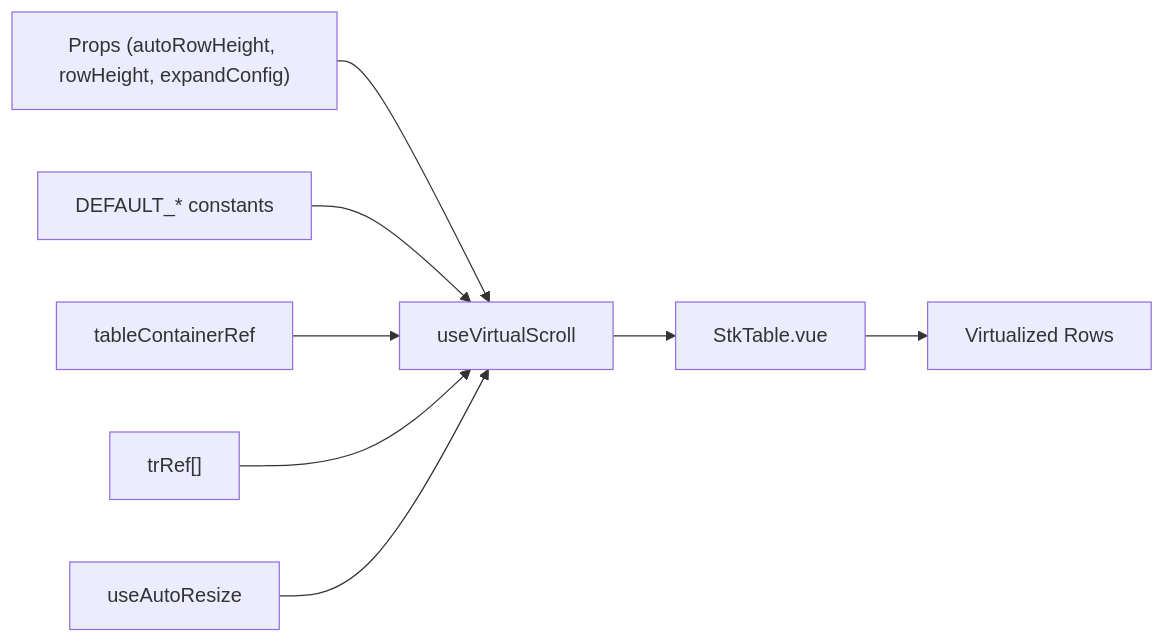
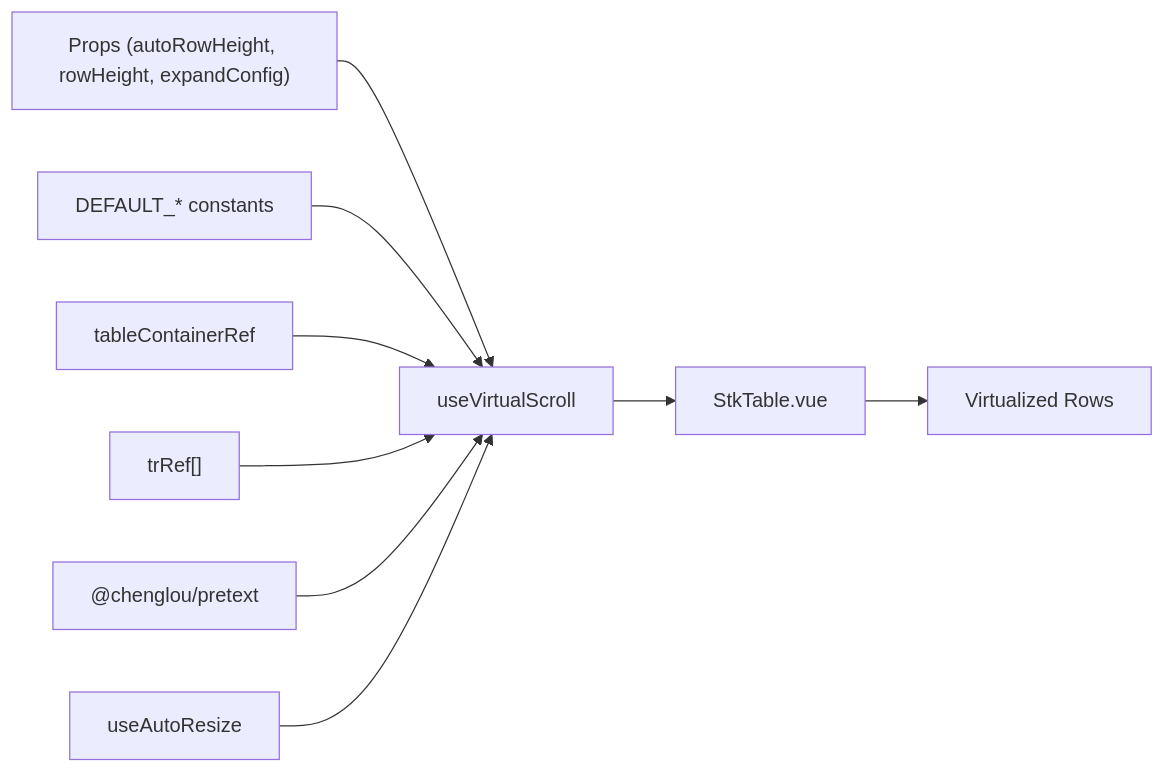
One commit to ja-plus/stk-table-vue changed the seventh of 7 diagrams in .qoder/repowiki/en/content/Advanced Features/Virtual Scrolling/Auto-Height Virtual Scrolling.md. Above: the diagram before and after it, drawn with Mermaid. The commit also changed other lines of this file and 4 other files, not shown here.

````diff
--- a/.qoder/repowiki/en/content/Advanced Features/Virtual Scrolling/Auto-Height Virtual Scrolling.md
+++ b/.qoder/repowiki/en/content/Advanced Features/Virtual Scrolling/Auto-Height Virtual Scrolling.md
@@ -262,10 +346,11 @@
 ```mermaid
 graph LR
 Props["Props (autoRowHeight, rowHeight, expandConfig)"] --> VSC["useVirtualScroll"]
 Consts["DEFAULT_* constants"] --> VSC
 Container["tableContainerRef"] --> VSC
 Rows["trRef[]"] --> VSC
+Pretext["@chenglou/pretext"] --> VSC
 VSC --> Table["StkTable.vue"]
 AR["useAutoResize"] --> VSC
 Table --> Render["Virtualized Rows"]
 ```
````
